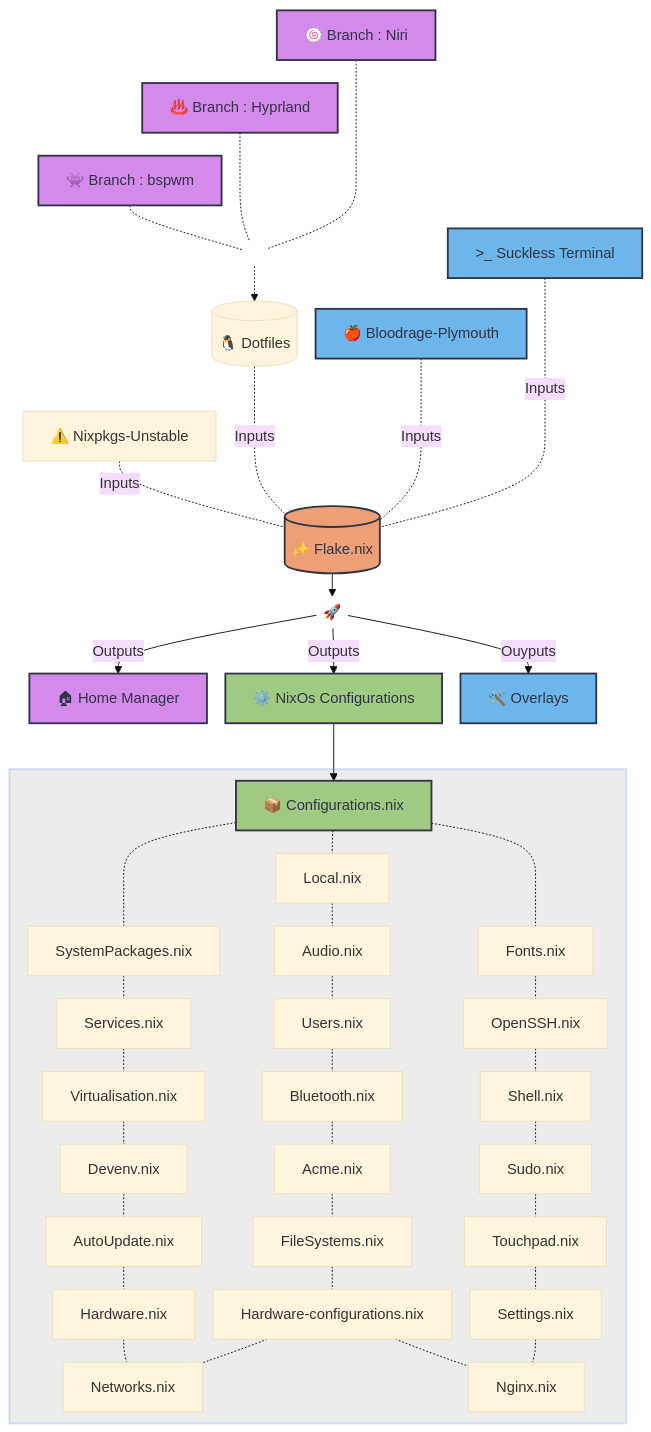
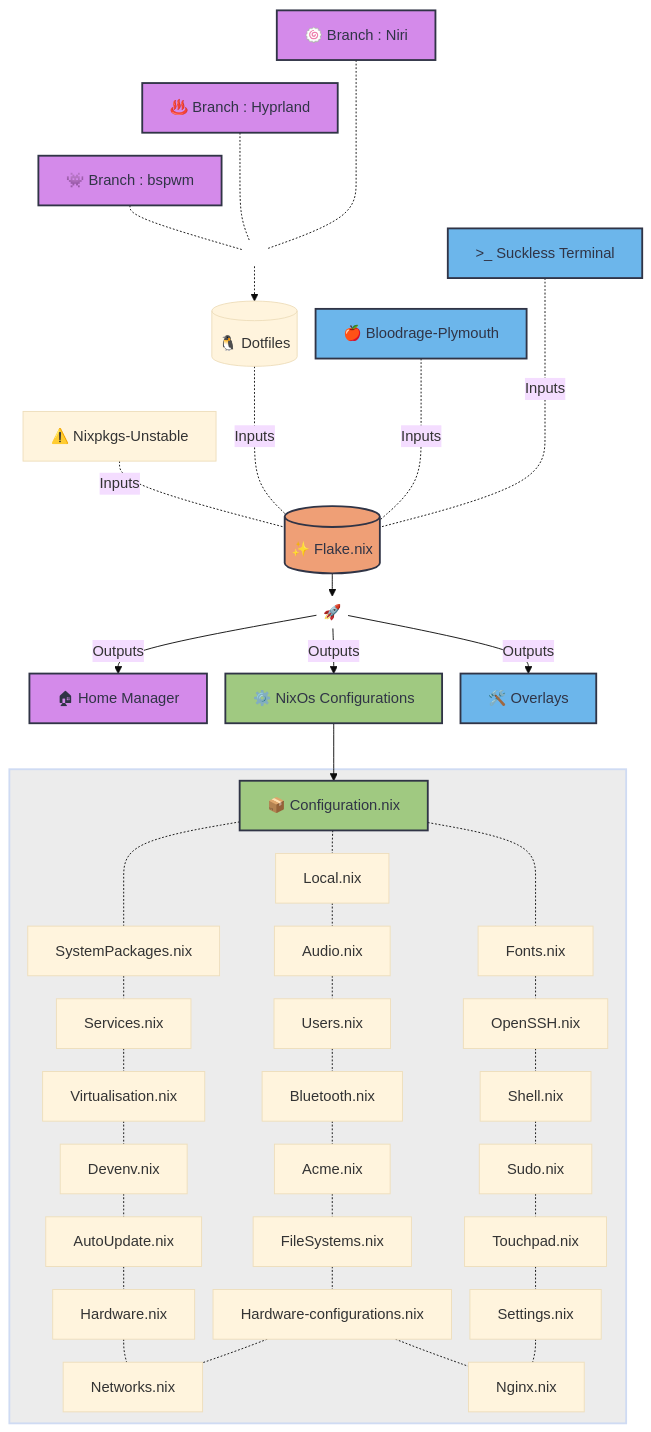
The diagram in README.md (msalmanrafadhlih/Dotfiles), drawn with Mermaid (base theme) before and after one commit. The commit also changed other lines of this file and 1 other file, not shown here.

````diff
--- a/README.md
+++ b/README.md
@@ -25,44 +5,43 @@
 ```mermaid
 graph TB
 %%{init: {'flowchart': {'nodeSpacing': 20, 'rankSpacing': 25}}}%%
   BSPWM["👾 Branch : bspwm"] -.- J1
   HYPRLAND["♨️ Branch : Hyprland"] -..- J1
   NIRI["🍥 Branch : Niri"] -...- J1
 
   J1((Ψ)) -.-> DOTS
   SUCKLESS[">_ Suckless Terminal"] -...-|Inputs| FLAKE
   PLYMOUTH["🍎 Bloodrage-Plymouth"] -..-|Inputs| FLAKE
   UNSTABLE["⚠️ Nixpkgs-Unstable"] -.-|Inputs| FLAKE
   DOTS[("🐧 Dotfiles")] -..-|Inputs| FLAKE
 
   FLAKE[("✨ Flake.nix")] --> OUT(("🚀")) -->|Outputs| HM["🏠︎ Home Manager"]
+  OUT -->|Outputs| SYSTEMS["⚙️ NixOs Configurations"]
+  OUT -->|Outputs| OVERLAYS["🛠️ Overlays"]
 
-  OUT -->|Outputs| SYSTEMS["⚙️ NixOs Configurations"]
-  OUT -->|Ouyputs| OVERLAYS["🛠️ Overlays"]
-
-  SYSTEMS ---> SYSMDL["📦 Configurations.nix"]
+  SYSTEMS ---> SYSMDL["📦 Configuration.nix"]
 
 subgraph Systems
 
   SYSMDL -.- SystemPackages.nix -.- Services.nix -.- Virtualisation.nix -.- Devenv.nix -.- AutoUpdate.nix -.- Hardware.nix -.- Networks.nix
   SYSMDL -.- Local.nix -.- Audio.nix -.- Users.nix -.- Bluetooth.nix -.- Acme.nix -.- FileSystems.nix -.- LCL["Hardware-configurations.nix"]
   SYSMDL -.- Fonts.nix -.- OpenSSH.nix -.- Shell.nix -.- Sudo.nix -.- Touchpad.nix -.- Settings.nix -.- Nginx.nix
   LCL -.- Networks.nix
   LCL -.- Nginx.nix
 end
 
   classDef configNode fill:#A0C981,stroke:#303446,stroke-width:2px,color:#303446
   classDef moduleNode fill:#D48AEA,stroke:#303446,stroke-width:2px,color:#303446
   classDef appNode fill:#6CB6EB,stroke:#303446,stroke-width:2px,color:#303446
   classDef dataNode fill:#EF9F76,stroke:#303446,stroke-width:2px,color:#303446
   classDef background fill:#14141414,stroke-width:2px,color:#00ff0000
   classDef branch fill:#14141400,stroke-width:0px,color:#ffffff
 
   class SYSTEMS,SYSMDL, configNode
   class FLAKE,PLYMOUTH,BSPWM,HYPRLAND,NIRI,HM moduleNode
   class PLYMOUTH,SUCKLESS,OVERLAYS appNode
   class FLAKE dataNode
 
   class Systems background
   class J1,OUT branch
 ```
````
